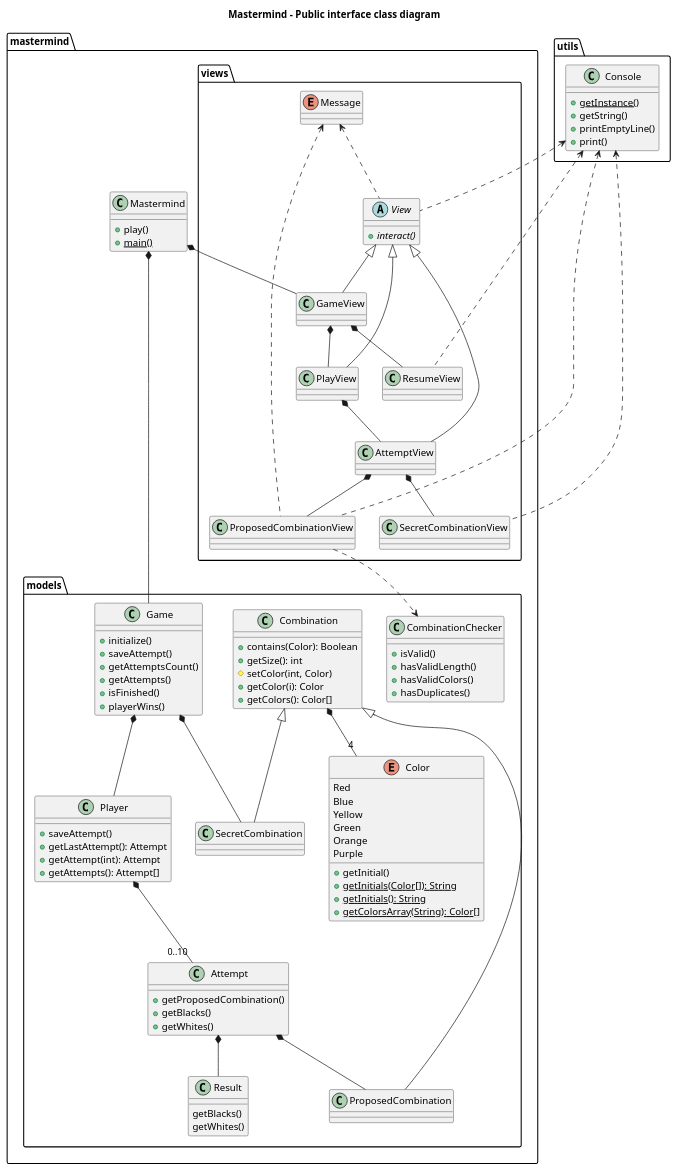
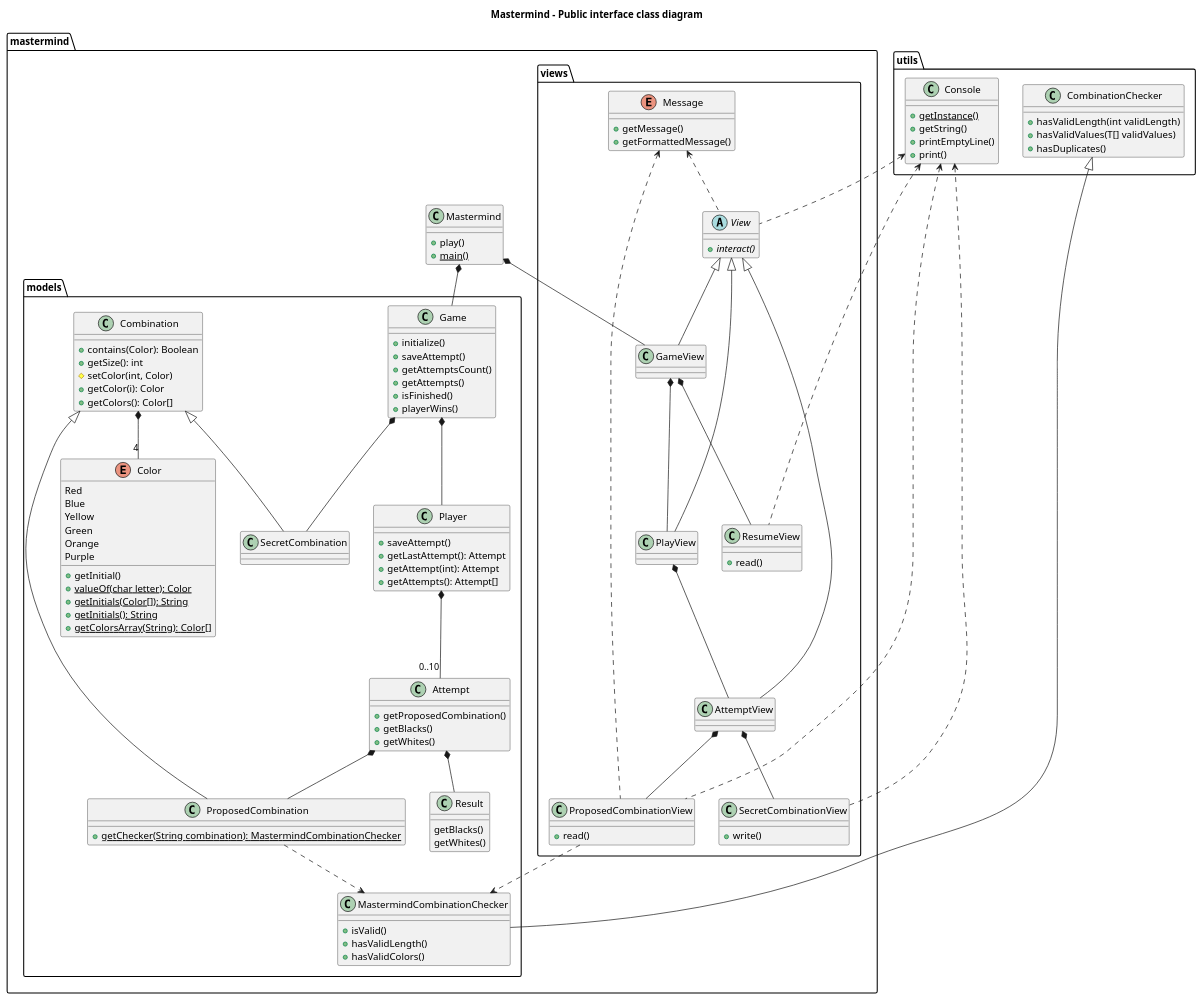
One commit to Master-Desarrollo-20-21/diseno-oo-ejercicio2-mastermind-document-view-ferllop changed the diagram in diagram.plantuml. Above: the diagram before and after it, drawn with PlantUML.

Commit message:
Implement CombinationChecker

```diff
--- a/diagram.plantuml
+++ b/diagram.plantuml
@@ -1,121 +1,147 @@
 @startuml
 
 title Mastermind - Public interface class diagram
 package mastermind{
 
     class Mastermind {
         +play()
         +{static} main()
     }
 }
     
 package mastermind.models {
     Mastermind *-- Game
     
     class Game {
         +initialize()
         +saveAttempt()
         +getAttemptsCount()
         +getAttempts()
         +isFinished()
         +playerWins()
     }
     Game *-- SecretCombination
     Game *-- Player
     
     class Combination{
         +contains(Color): Boolean
         +getSize(): int
         #setColor(int, Color)
         +getColor(i): Color
         +getColors(): Color[]
     }
     Combination *-- "4" Color
     Combination <|-- SecretCombination
+    
+    class ProposedCombination{
+        +{static}getChecker(String combination): MastermindCombinationChecker
+    }
     Combination <|-- ProposedCombination
+    ProposedCombination ..> MastermindCombinationChecker
     
     class Attempt {
         +getProposedCombination()
         +getBlacks()
         +getWhites()
     }
     Attempt *-- ProposedCombination
     Attempt *-- Result
     
     class Result {
         getBlacks()
         getWhites()
     }
     
     class Player {
         +saveAttempt()
         +getLastAttempt(): Attempt
         +getAttempt(int): Attempt
         +getAttempts(): Attempt[]
     }
     Player *-- "0..10"Attempt
     
     Enum Color {
         Red
         Blue
         Yellow
         Green
         Orange
         Purple
         +getInitial()
+        +{static}valueOf(char letter): Color
         +{static}getInitials(Color[]): String
         +{static}getInitials(): String
         +{static}getColorsArray(String): Color[]
     }
     
-    class CombinationChecker{
+    class MastermindCombinationChecker{
         +isValid()
         +hasValidLength()
         +hasValidColors()
-        +hasDuplicates()
     }
+    
 }
 
 package mastermind.views {
     Mastermind *-- GameView
     
     abstract class View {
         +{abstract}interact()
     }
     View <|-- GameView
     View <|-- PlayView
     View <|-- AttemptView
     
     class GameView{}
     GameView *-- PlayView
     GameView *-- ResumeView
     
     class PlayView{}
     PlayView *-- AttemptView
     
     class AttemptView{}
     AttemptView *-- ProposedCombinationView
     AttemptView *-- SecretCombinationView
     
-    class ProposedCombinationView{}
-    ProposedCombinationView ..> CombinationChecker
+    class ProposedCombinationView{
+        +read()
+    }
+    ProposedCombinationView ..> MastermindCombinationChecker
     
-    enum Message{}
+    class SecretCombinationView{
+        +write()
+    }
+    
+    class ResumeView{
+        +read()
+    }
+    
+    enum Message{
+        +getMessage()
+        +getFormattedMessage()
+    }
     Message <.. ProposedCombinationView
     Message <.. View
     
     
 }
 
 package utils {
     class Console {
         +{static}getInstance()
         +getString()
         +printEmptyLine()
         +print()
     }
     Console <.. View
     Console <.. ProposedCombinationView
     Console <.. SecretCombinationView
     Console <.. ResumeView
+    
+    class CombinationChecker {
+        +hasValidLength(int validLength)
+        +hasValidValues(T[] validValues)
+        +hasDuplicates()
+    }
+    CombinationChecker <|-- MastermindCombinationChecker
 @enduml
```
